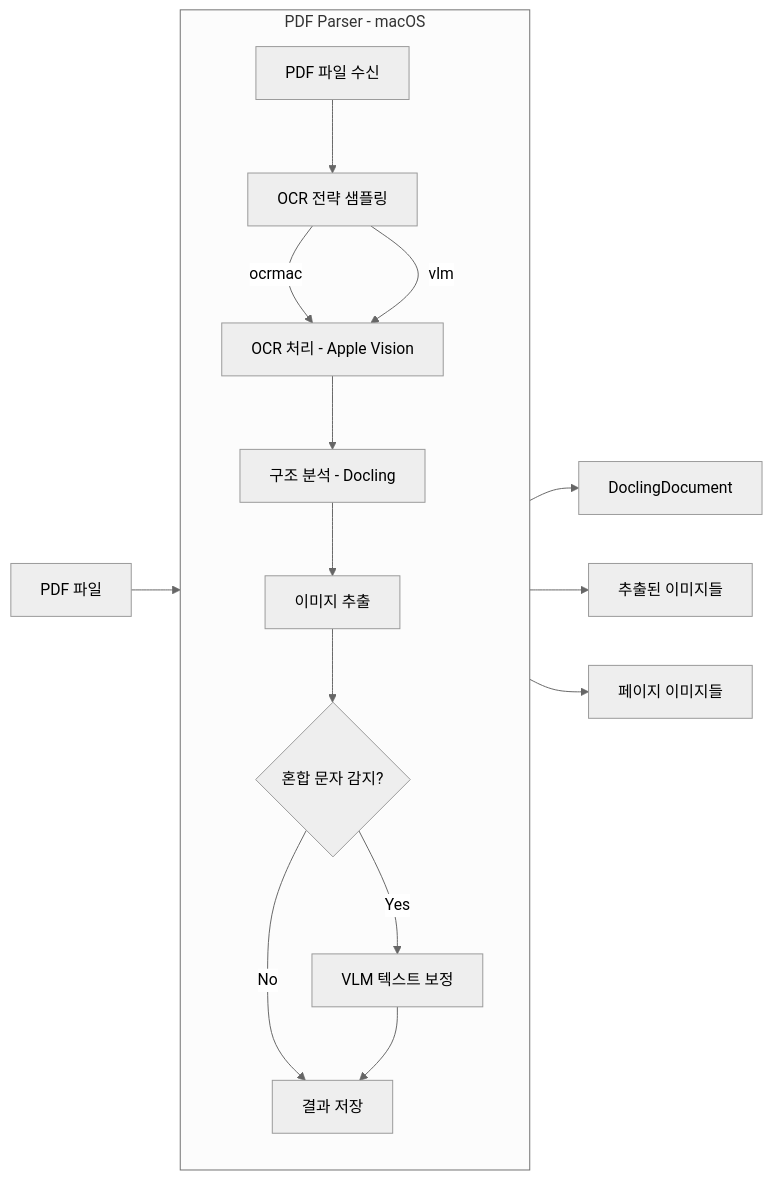
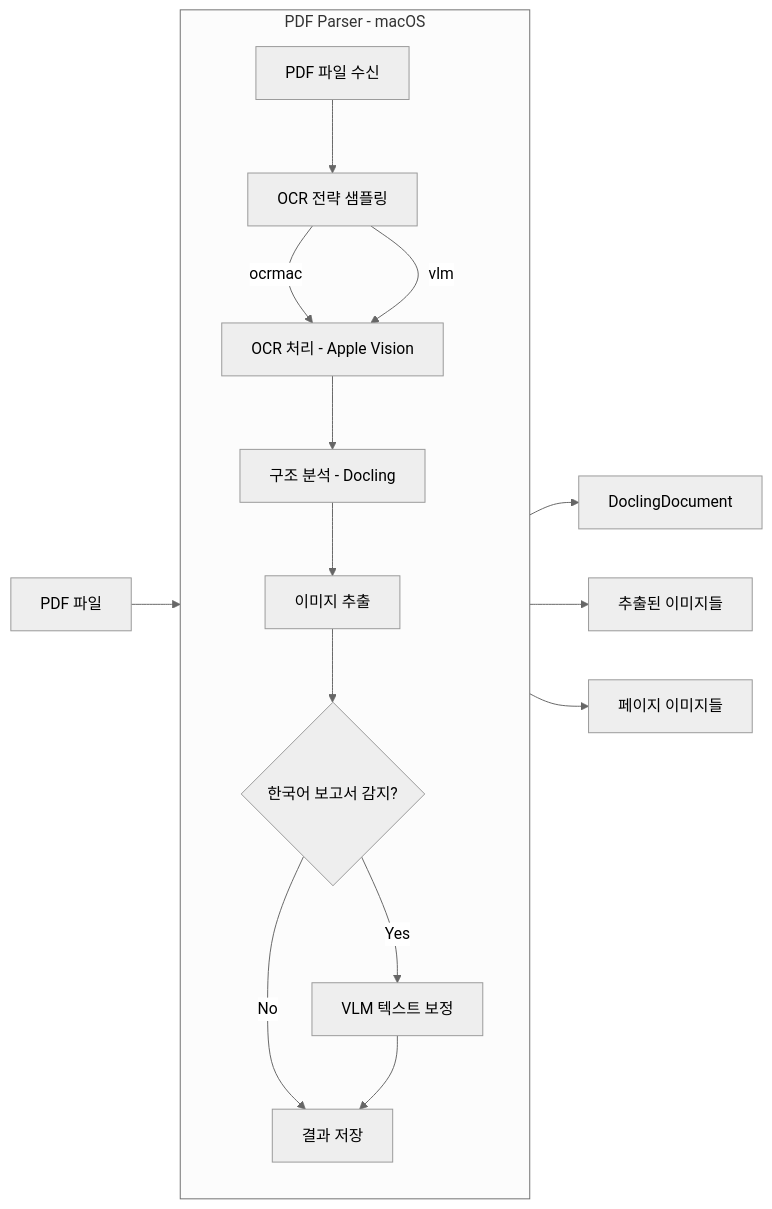
Before and after one commit to heripo-lab/heripo-engine: the third of 6 diagrams in docs/architecture.ko.md, drawn with Mermaid (neutral theme). The commit also changed other lines of this file and 28 other files, not shown here.

````diff
--- a/docs/architecture.ko.md
+++ b/docs/architecture.ko.md
@@ -167,20 +167,20 @@
 ```mermaid
 flowchart LR
     subgraph PDFParser[PDF Parser - macOS]
         direction TB
         A[PDF 파일 수신] --> B[OCR 전략 샘플링]
         B -->|ocrmac| C[OCR 처리 - Apple Vision]
         B -->|vlm| C
         C --> D[구조 분석 - Docling]
         D --> E[이미지 추출]
-        E --> F{혼합 문자 감지?}
+        E --> F{한국어 보고서 감지?}
         F -->|Yes| G[VLM 텍스트 보정]
         F -->|No| H[결과 저장]
         G --> H
     end
 
     PDF[PDF 파일] --> PDFParser
     PDFParser --> Doc[DoclingDocument]
     PDFParser --> Images[추출된 이미지들]
     PDFParser --> Pages[페이지 이미지들]
 ```
````
